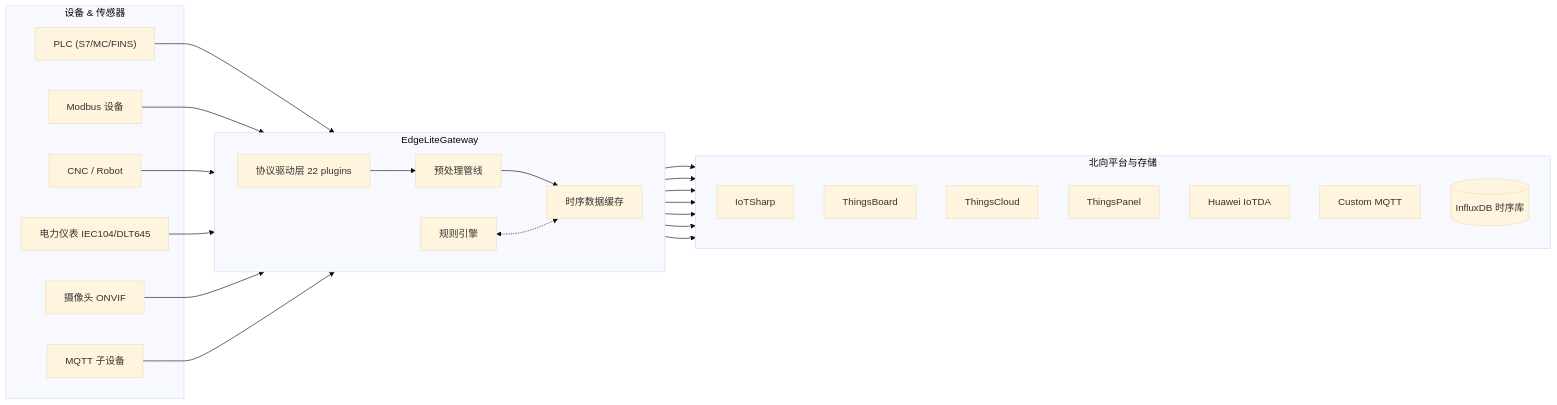
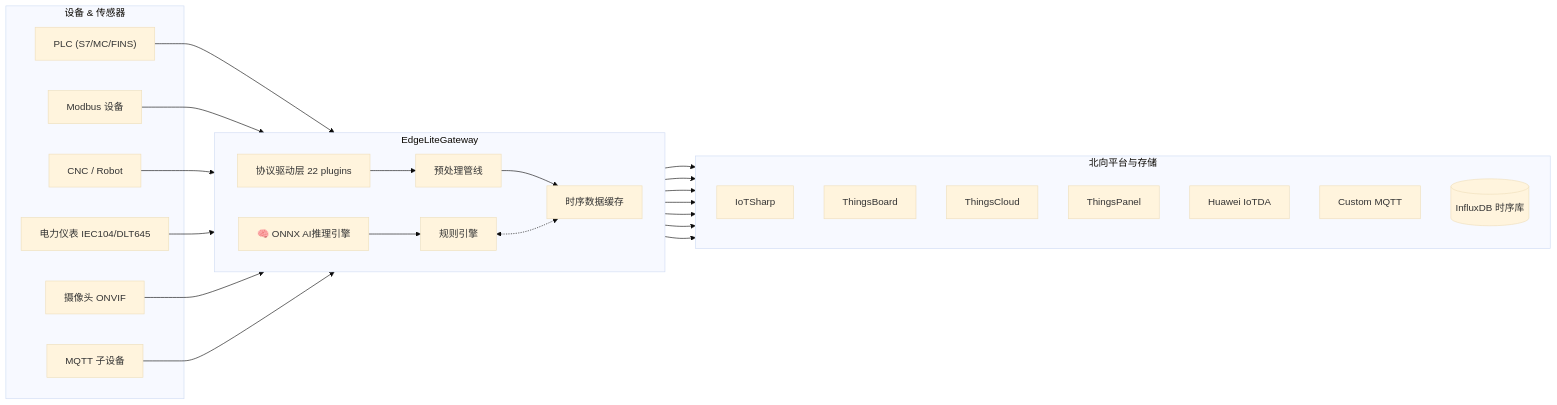
The first of 2 diagrams in README.md (suoten/EdgeLiteGateway), drawn with Mermaid (base theme) before and after one commit. The commit also changed other lines of this file and 48 other files, not shown here.

````diff
--- a/README.md
+++ b/README.md
@@ -195,36 +216,38 @@
 ```mermaid
 flowchart LR
     subgraph 南向设备["设备 & 传感器"]
         A1["PLC (S7/MC/FINS)"]
         A2["Modbus 设备"]
         A3["CNC / Robot"]
         A4["电力仪表 IEC104/DLT645"]
         A5["摄像头 ONVIF"]
         A6["MQTT 子设备"]
     end
 
     subgraph EdgeLite["EdgeLiteGateway"]
             direction LR
+            B0[🧠 ONNX AI推理引擎]
             B1[协议驱动层 22 plugins]
             B2[规则引擎]
             B3[预处理管线]
             B4[时序数据缓存]
     end
 
     subgraph 北向对接["北向平台与存储"]
         direction TB
         C1["IoTSharp"]
         C2["ThingsBoard"]
         C3["ThingsCloud"]
         C4["ThingsPanel"]
         C5["Huawei IoTDA"]
         C6["Custom MQTT"]
         D[("InfluxDB 时序库")]
     end
 
     A1 & A2 & A3 & A4 & A5 & A6 --> B1
+    B0 --> B2
     B1 --> B3 --> B4
     B4 --> D
     B4 --> C1 & C2 & C3 & C4 & C5 & C6
     B2 <-.-> B4
 ```
````
